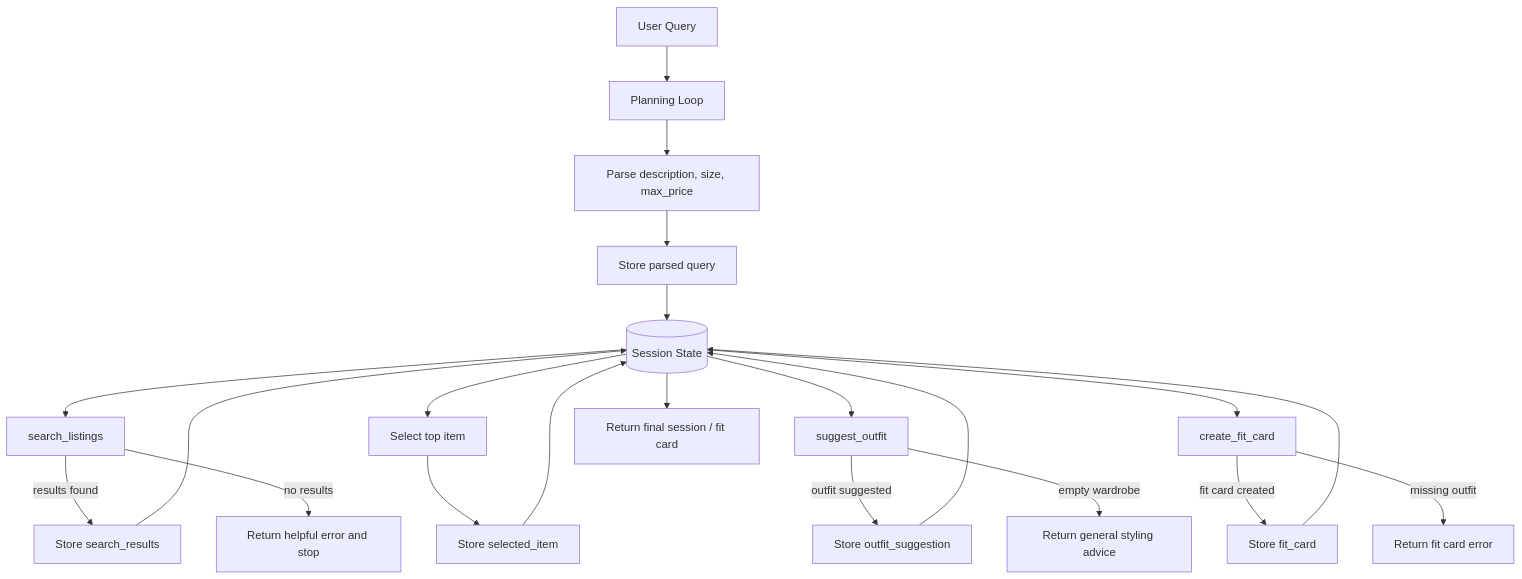
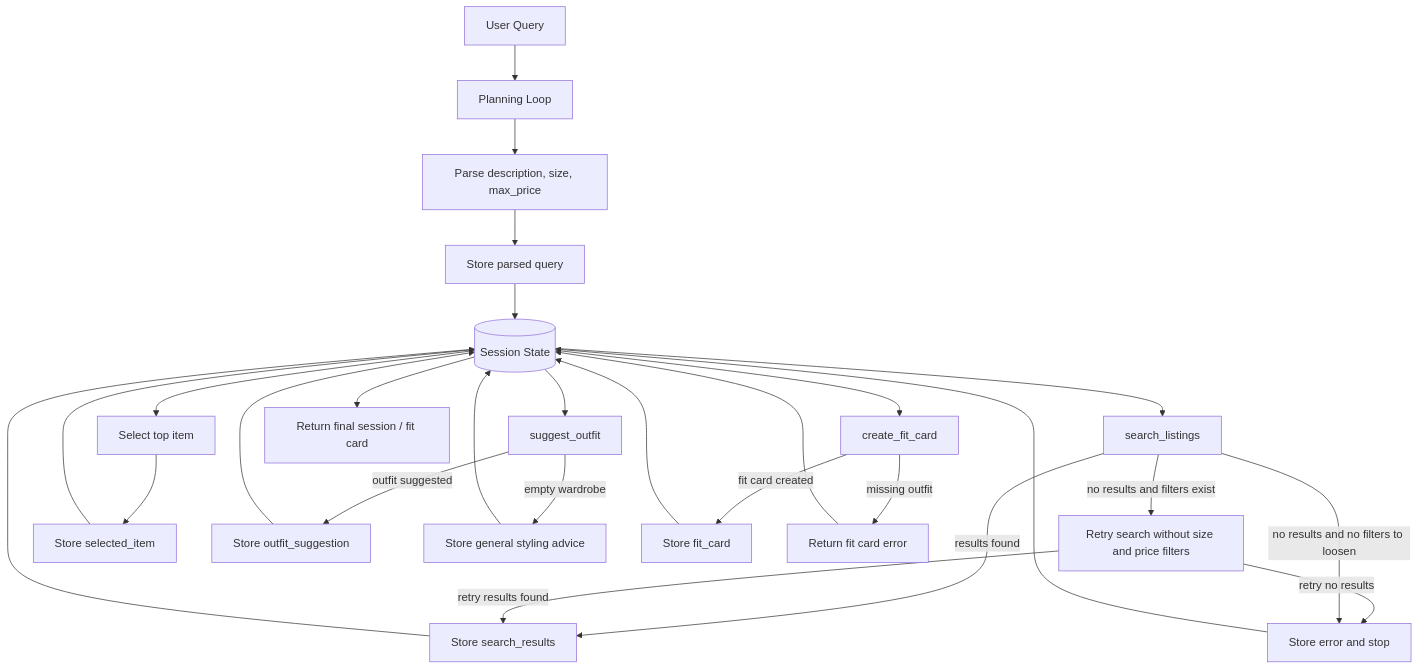
Before and after one commit to thanh-cnguyen/ai201-project2-fitfindr-starter: the diagram in planning.md, drawn with Mermaid. The commit also changed other lines of this file and 3 other files, not shown here.

Commit message:
Implement retry logic for search listings with loosened filters and update documentation

````diff
--- a/planning.md
+++ b/planning.md
@@ -165,28 +198,33 @@
 ```mermaid
 flowchart TD
     A[User Query] --> B[Planning Loop]
     B --> C[Parse description, size, max_price]
     C --> P[Store parsed query]
     P --> S[(Session State)]
-    
+
     S --> D[search_listings]
     D --> |results found| E[Store search_results]
+    D --> |no results and filters exist| X[Retry search without size and price filters]
+    X --> |retry results found| E
     E --> S
-    
+    X --> |retry no results| L[Store error and stop]
+    D --> |no results and no filters to loosen| L
+    L --> S
     S --> F[Select top item]
     F --> G[Store selected_item]
     G --> S
 
     S --> H[suggest_outfit]
     H --> |outfit suggested| I[Store outfit_suggestion]
+    H --> |empty wardrobe| M[Store general styling advice]
+    M --> S
     I --> S
 
     S --> J[create_fit_card]
     J --> |fit card created| K[Store fit_card]
+    J --> |missing outfit| N[Return fit card error]
     K --> S
+    N --> S
+
     S --> R[Return final session / fit card]
-
-    D -->|no results| L[Return helpful error and stop]
-    H -->|empty wardrobe| M[Return general styling advice]
-    J -->|missing outfit| N[Return fit card error]
 ```
````
